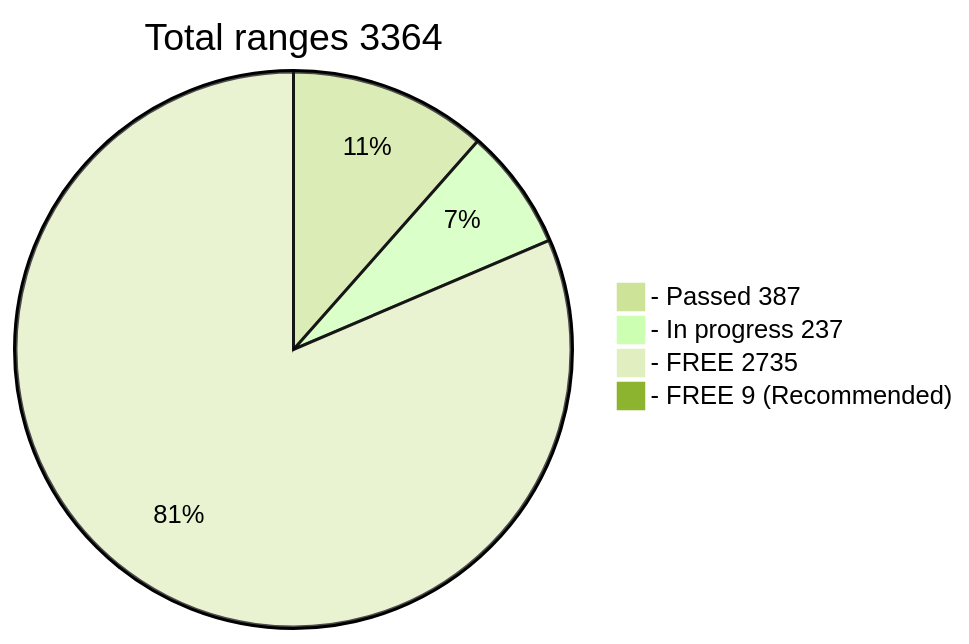
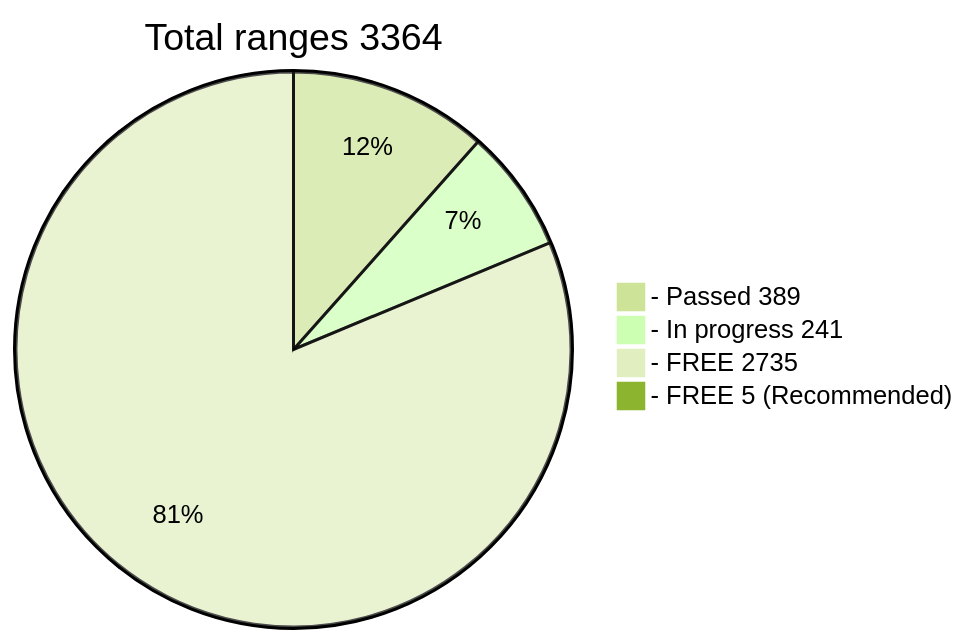
One commit to phrutis/wif500 changed the diagram in README.md. Above: the diagram before and after it, drawn with Mermaid (forest theme).

````diff
--- a/README.md
+++ b/README.md
@@ -16,7 +16,7 @@
 ```mermaid
 pie title Total ranges 3364
-  "- Passed 387" : 387
-  "- In progress 237" : 237
+  "- Passed 389" : 389
+  "- In progress 241" : 241
   "- FREE 2735" : 2735
-  "- FREE 9 (Recommended)" : 9
+  "- FREE 5 (Recommended)" : 5
 ```
````
